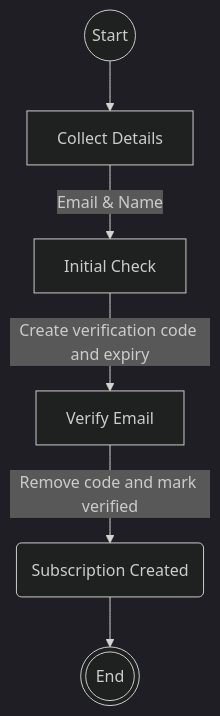
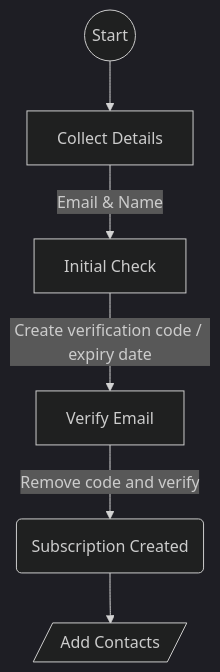
The diagram in docs/flows/subscribing_for_notifications.md (Dorset-Council-UK/FloodOnlineReportingTool.Public), drawn with Mermaid (dark theme) before and after one commit. The commit also changed 1 other file, not shown here.

Commit message:
Updated flows to show onward journey

````diff
--- a/docs/flows/subscribing_for_notifications.md
+++ b/docs/flows/subscribing_for_notifications.md
@@ -11,8 +11,8 @@
 ```mermaid
 flowchart TB
     Start((Start)) --> CollectDetails[Collect Details]
     CollectDetails -- Email & Name --> CollectDetails2[Initial Check] 
-    CollectDetails2 -- Create verification code and expiry --> VerifyEmail[Verify Email]
-    VerifyEmail -- Remove code and mark verified --> EmailSubscription
-    EmailSubscription(Subscription Created) --> Confirmation((( End )))
+    CollectDetails2 -- Create verification code / expiry date --> VerifyEmail[Verify Email]
+    VerifyEmail -- Remove code and verify --> EmailSubscription
+    EmailSubscription(Subscription Created) --> Confirmation[/ Add Contacts /]
 ```
````
